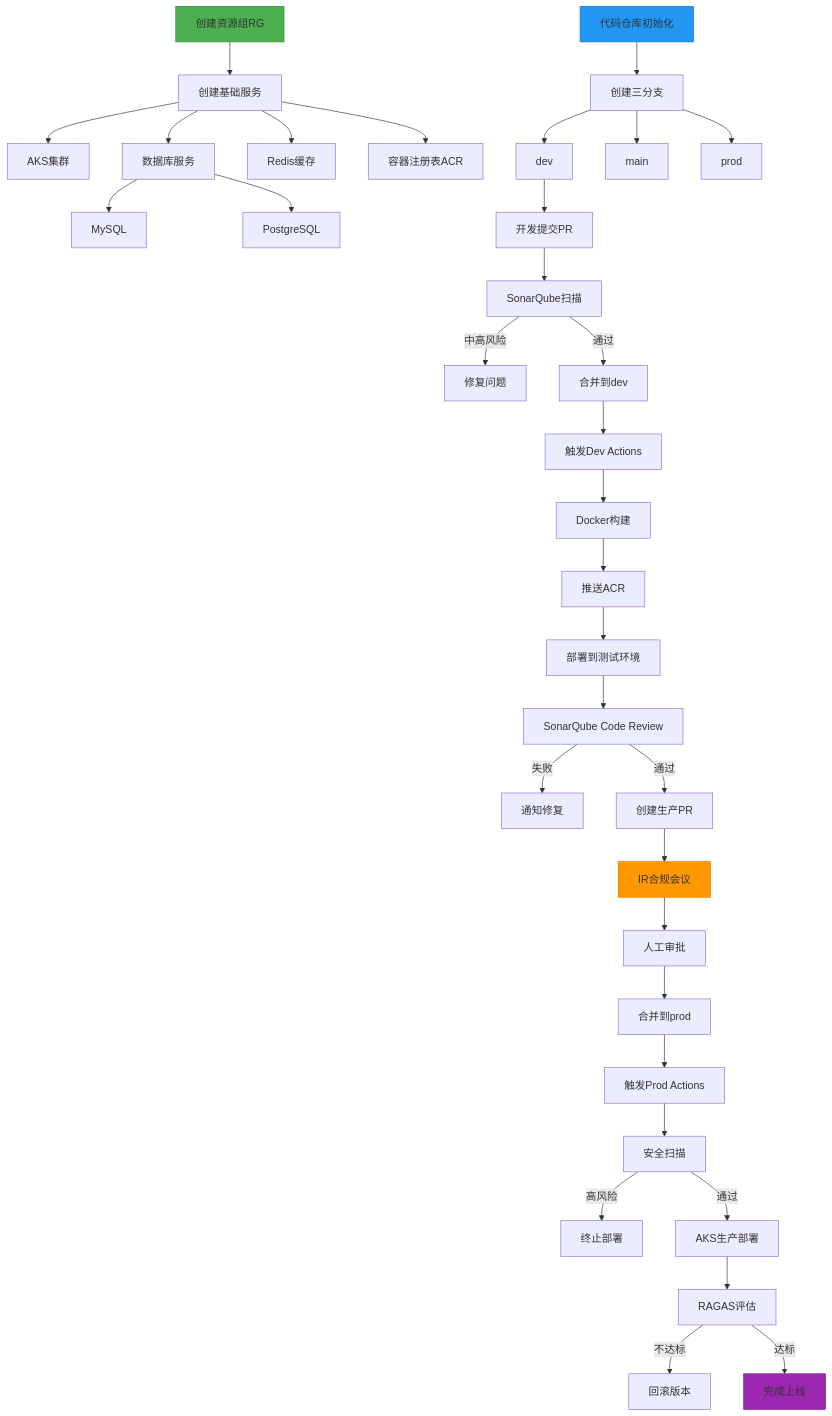
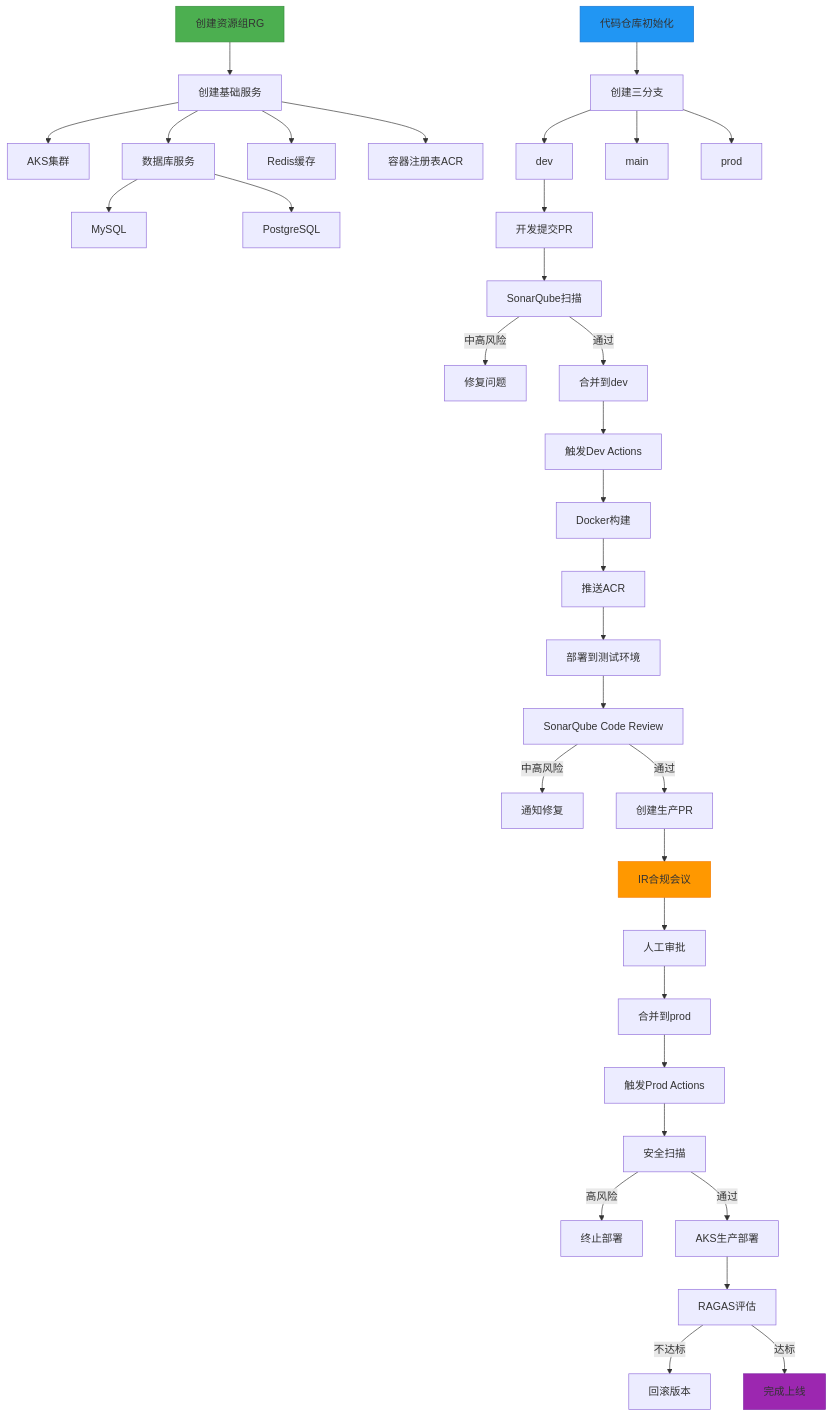
The diagram in all/未命名-1.md (funnyData/iodraw-files), drawn with Mermaid before and after one commit.

Commit message:
2025-02-27 01:15:12 update

````diff
--- a/all/未命名-1.md
+++ b/all/未命名-1.md
@@ -1,47 +1,47 @@
 ```mermaid
 graph TD
     A[创建资源组RG] --> B[创建基础服务]
     B --> C[AKS集群]
     B --> D[数据库服务]
     D --> DA[MySQL]
     D --> DB[PostgreSQL]
     B --> E[Redis缓存]
     B --> F[容器注册表ACR]
     
     G[代码仓库初始化] --> H[创建三分支]
     H --> I[dev]
     H --> J[main]
     H --> K[prod]
     
     I --> L[开发提交PR]
     L --> M[SonarQube扫描]
     M -->|中高风险| N[修复问题]
     M -->|通过| O[合并到dev]
     
     O --> P[触发Dev Actions]
     P --> Q[Docker构建]
     Q --> R[推送ACR]
     R --> S[部署到测试环境]
     
     S --> T[SonarQube Code Review]
-    T -->|失败| U[通知修复]
+    T -->|中高风险| U[通知修复]
     T -->|通过| V[创建生产PR]
     
     V --> W[IR合规会议]
     W --> X[人工审批]
     X --> Y[合并到prod]
     
     Y --> Z[触发Prod Actions]
     Z --> AA[安全扫描]
     AA -->|高风险| AB[终止部署]
     AA -->|通过| AC[AKS生产部署]
     
     AC --> AD[RAGAS评估]
     AD -->|不达标| AE[回滚版本]
     AD -->|达标| AF[完成上线]
     
     style A fill:#4CAF50,stroke:#388E3C
     style G fill:#2196F3,stroke:#1976D2
     style W fill:#FF9800,stroke:#F57C00
     style AF fill:#9C27B0,stroke:#7B1FA2
 ```
````
